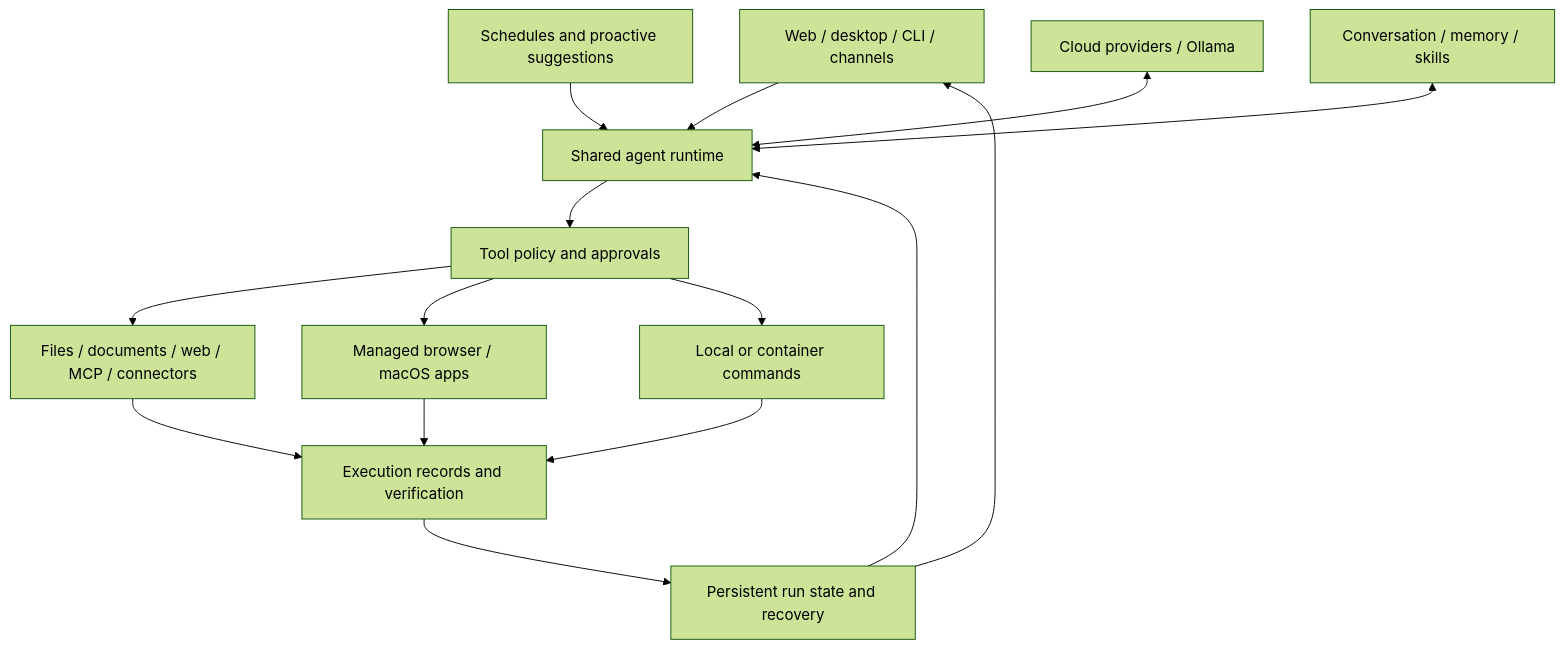
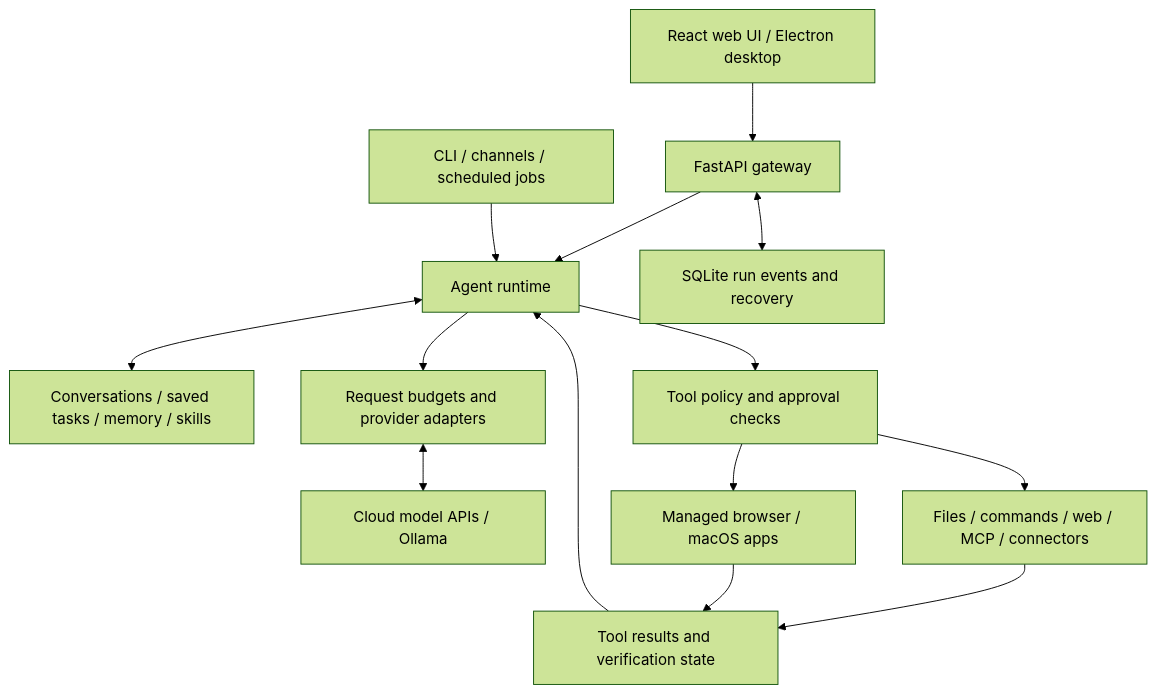
One commit to dybala-21/rune changed the diagram in README.md. Above: the diagram before and after it, drawn with Mermaid (forest theme). The commit also changed other lines of this file and 8 other files, not shown here.

````diff
--- a/README.md
+++ b/README.md
@@ -171,17 +35,16 @@
 ```mermaid
 flowchart TD
-    UI[Web / desktop / CLI / channels] --> Runtime[Shared agent runtime]
-    Schedule[Schedules and proactive suggestions] --> Runtime
-    Models[Cloud providers / Ollama] <--> Runtime
-    Context[Conversation / memory / skills] <--> Runtime
-    Runtime --> Policy[Tool policy and approvals]
-    Policy --> Tools[Files / documents / web / MCP / connectors]
-    Policy --> Computer[Managed browser / macOS apps]
-    Policy --> Execution[Local or container commands]
-    Tools --> Evidence[Execution records and verification]
+    UI["React web UI / Electron desktop"] --> API["FastAPI gateway"]
+    API --> Runtime["Agent runtime"]
+    Entry["CLI / channels / scheduled jobs"] --> Runtime
+    API <--> Runs["SQLite run events and recovery"]
+    Runtime <--> Context["Conversations / saved tasks / memory / skills"]
+    Runtime --> Requests["Request budgets and provider adapters"]
+    Requests <--> Models["Cloud model APIs / Ollama"]
+    Runtime --> Policy["Tool policy and approval checks"]
+    Policy --> Tools["Files / commands / web / MCP / connectors"]
+    Policy --> Computer["Managed browser / macOS apps"]
+    Tools --> Evidence["Tool results and verification state"]
     Computer --> Evidence
-    Execution --> Evidence
-    Evidence --> State[Persistent run state and recovery]
-    State --> Runtime
-    State --> UI
+    Evidence --> Runtime
 ```
````
